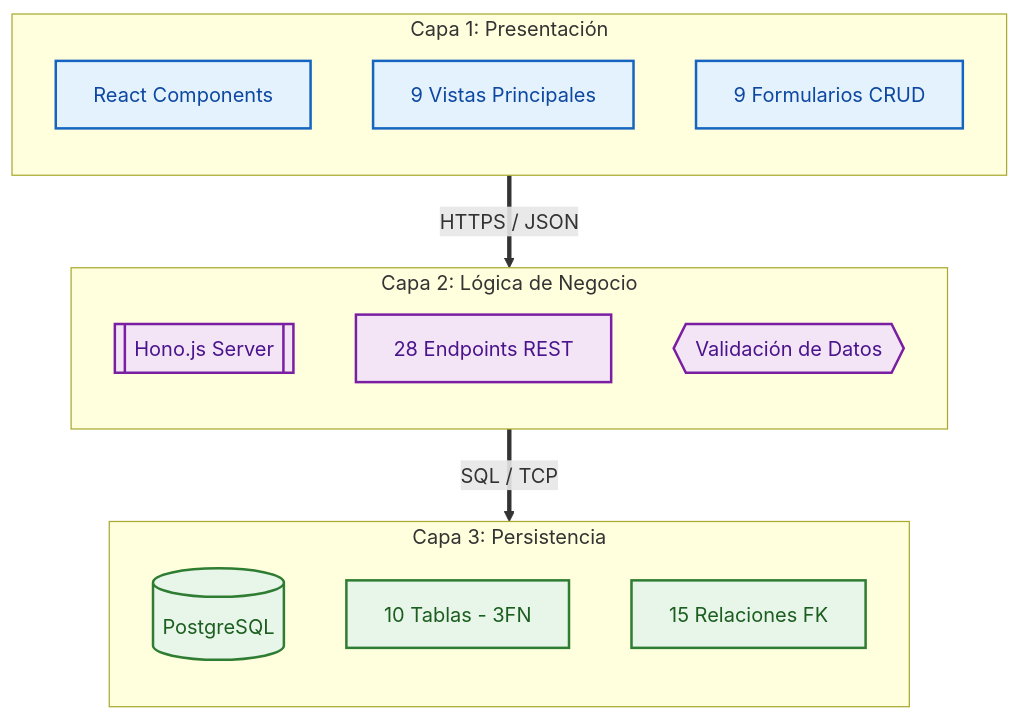
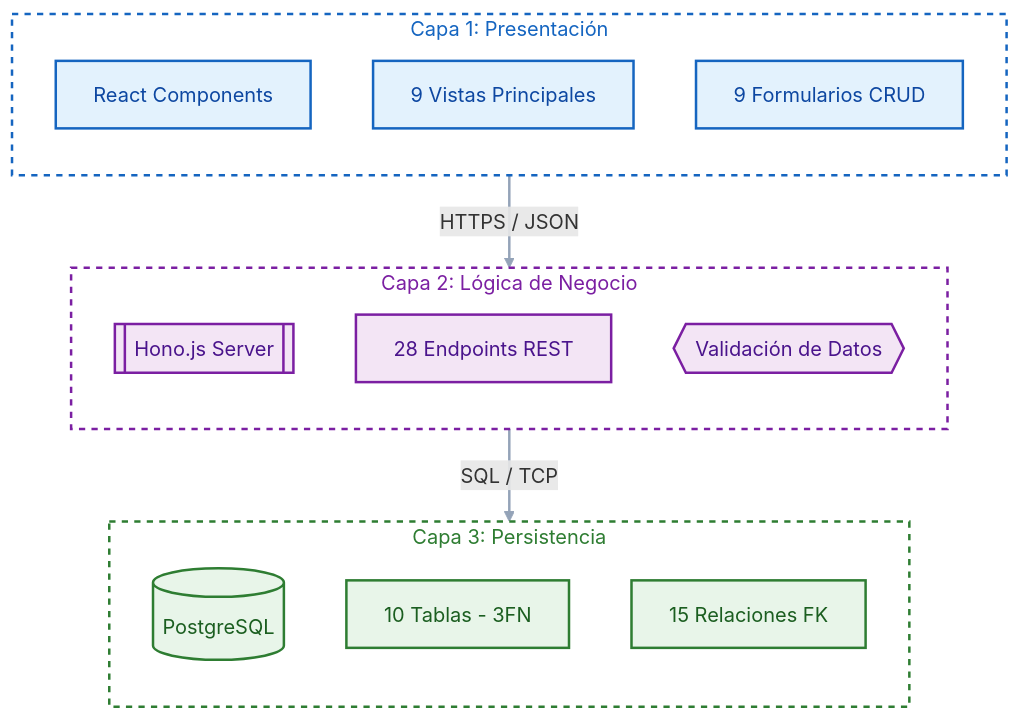
The first of 2 diagrams in README.md (jhulio435m/iot-management-system), drawn with Mermaid before and after one commit.

Commit message:
Revise color palette and styles in README diagram
Updated color palette and styles for the architecture diagram.

````diff
--- a/README.md
+++ b/README.md
@@ -98,38 +98,51 @@
 ```mermaid
 graph TD
-    %% Definición de estilos profesionales
+    %% --- NUEVA PALETA DE COLORES (Solicitada) ---
+    
+    %% Frontend: Azul
     classDef frontend fill:#e3f2fd,stroke:#1565c0,stroke-width:2px,color:#0d47a1;
+    
+    %% Backend: Violeta
     classDef backend fill:#f3e5f5,stroke:#7b1fa2,stroke-width:2px,color:#4a148c;
+    
+    %% Database: Verde
     classDef database fill:#e8f5e9,stroke:#2e7d32,stroke-width:2px,color:#1b5e20;
     
-    %% Configuración del Grafo
+    %% Estilo de las líneas (Gris medio neutro)
+    linkStyle default stroke:#94a3b8,stroke-width:2px;
+
+    %% --- GRUPO 1: CLIENTE ---
     subgraph Client [" Capa 1: Presentación "]
         direction TB
-        Componentes[React Components]
-        Vistas[9 Vistas Principales]
-        Forms[9 Formularios CRUD]
+        Componentes[React Components]:::frontend
+        Vistas[9 Vistas Principales]:::frontend
+        Forms[9 Formularios CRUD]:::frontend
     end
     
+    %% --- GRUPO 2: SERVIDOR ---
     subgraph Server [" Capa 2: Lógica de Negocio "]
         direction TB
-        Hono[[Hono.js Server]]
-        Endpoints[28 Endpoints REST]
-        Validacion{{Validación de Datos}}
+        Hono[[Hono.js Server]]:::backend
+        Endpoints[28 Endpoints REST]:::backend
+        Validacion{{Validación de Datos}}:::backend
     end
     
+    %% --- GRUPO 3: BASE DE DATOS ---
     subgraph DB [" Capa 3: Persistencia "]
         direction TB
-        Postgres[(PostgreSQL)]
-        Tablas[10 Tablas - 3FN]
-        FK[15 Relaciones FK]
+        Postgres[(PostgreSQL)]:::database
+        Tablas[10 Tablas - 3FN]:::database
+        FK[15 Relaciones FK]:::database
     end
     
-    %% Relaciones
+    %% --- RELACIONES ---
     Client ==>|"HTTPS / JSON"| Server
     Server ==>|"SQL / TCP"| DB
     
-    %% Asignación de estilos
-    class Componentes,Vistas,Forms frontend;
-    class Hono,Endpoints,Validacion backend;
-    class Postgres,Tablas,FK database;
+    %% --- ESTILOS DE SUBGRAFOS ---
+    %% fill:none mantiene la transparencia para el modo oscuro
+    %% Los colores de stroke y texto se han igualado al color fuerte de cada grupo
+    style Client fill:none,stroke:#1565c0,stroke-width:2px,stroke-dasharray: 5 5,color:#1565c0
+    style Server fill:none,stroke:#7b1fa2,stroke-width:2px,stroke-dasharray: 5 5,color:#7b1fa2
+    style DB fill:none,stroke:#2e7d32,stroke-width:2px,stroke-dasharray: 5 5,color:#2e7d32
 ```
````
